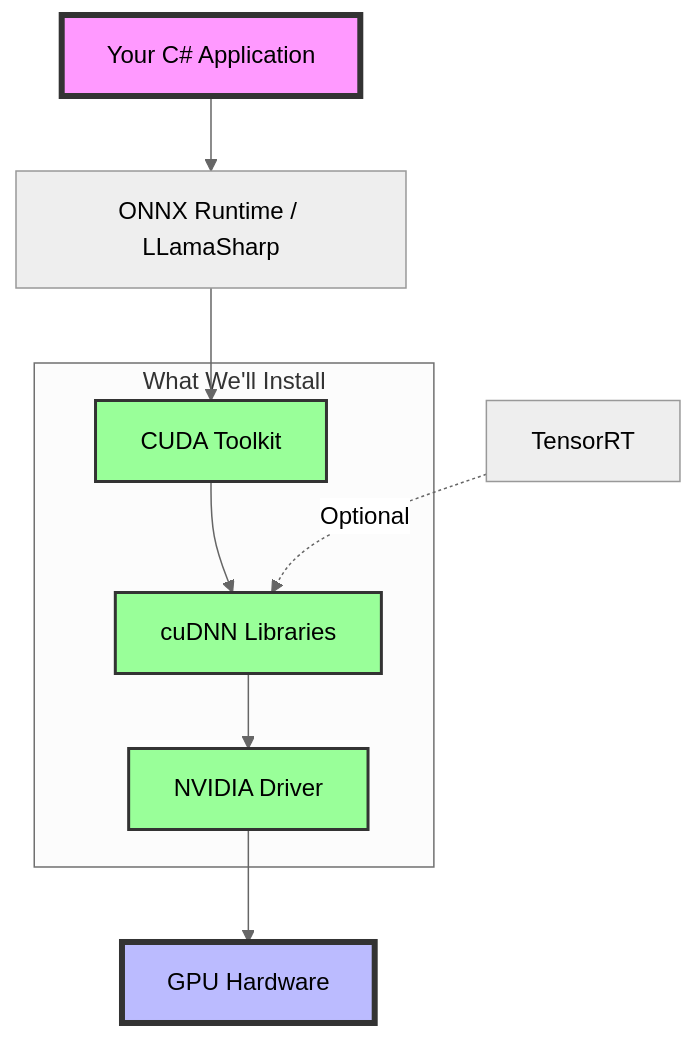
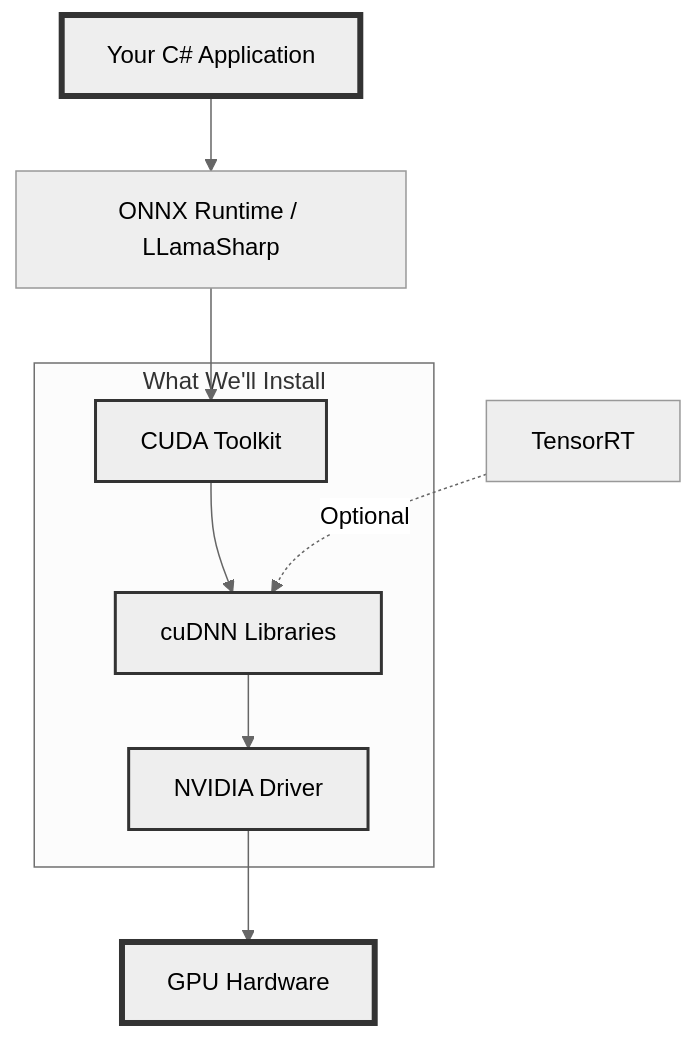
One commit to Shaddix/mostlylucidweb changed the second of 5 diagrams in Mostlylucid/Markdown/building-a-lawyer-gpt-for-your-blog-part2.md. Above: the diagram before and after it, drawn with Mermaid (neutral theme). The commit also changed other lines of this file and 7 other files, not shown here.

First line of the commit message:
Update Mermaid diagrams in Lawyer GPT series for dark mode compatibility

````diff
--- a/Mostlylucid/Markdown/building-a-lawyer-gpt-for-your-blog-part2.md
+++ b/Mostlylucid/Markdown/building-a-lawyer-gpt-for-your-blog-part2.md
@@ -127,22 +128,22 @@
 ```mermaid
 graph TB
     A[Your C# Application] --> B[ONNX Runtime / LLamaSharp]
     B --> C[CUDA Toolkit]
     C --> D[cuDNN Libraries]
     D --> E[NVIDIA Driver]
     E --> F[GPU Hardware]
 
     G[TensorRT] -.Optional.-> D
 
-    style A fill:#f9f,stroke:#333,stroke-width:4px
-    style C fill:#9f9,stroke:#333,stroke-width:2px
-    style D fill:#9f9,stroke:#333,stroke-width:2px
-    style E fill:#9f9,stroke:#333,stroke-width:2px
-    style F fill:#bbf,stroke:#333,stroke-width:4px
+    class A,F endpoints
+    class C,D,E install
+
+    classDef endpoints stroke:#333,stroke-width:4px
+    classDef install stroke:#333,stroke-width:2px
 
     subgraph "What We'll Install"
     C
     D
     E
     end
 ```
````
